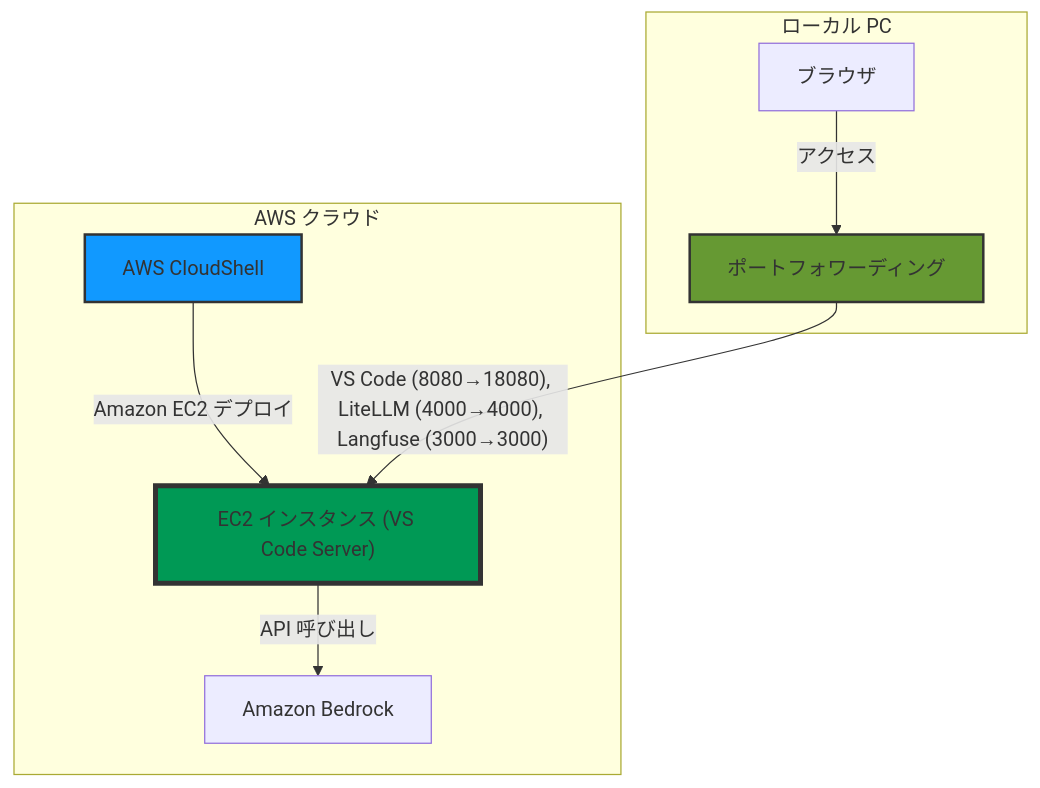
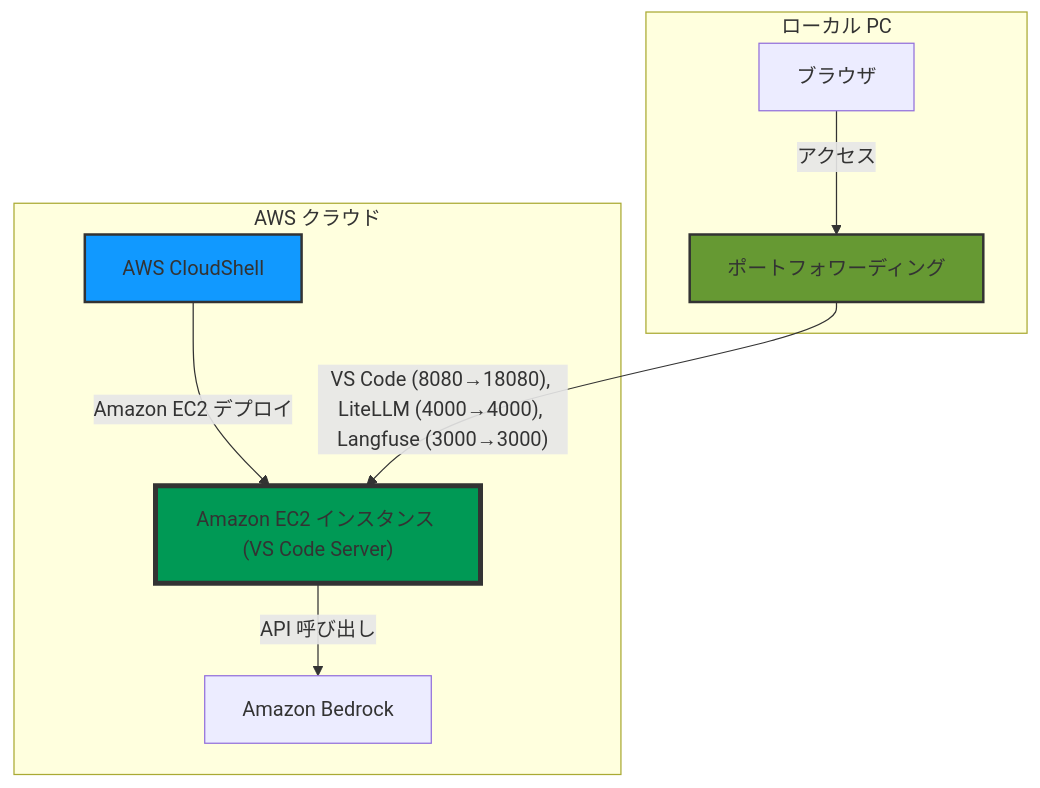
The diagram in workshops/ai-coding-workshop/cline/manuals/l300-ai-coding-governance-workshop-wsstudio.md (littlemex/aws-samples), drawn with Mermaid before and after one commit. The commit also changed other lines of this file, not shown here.

````diff
--- a/workshops/ai-coding-workshop/cline/manuals/l300-ai-coding-governance-workshop-wsstudio.md
+++ b/workshops/ai-coding-workshop/cline/manuals/l300-ai-coding-governance-workshop-wsstudio.md
@@ -28,23 +28,23 @@
 ```mermaid
 flowchart TD
     subgraph "AWS クラウド"
         CloudShell["AWS CloudShell"]
-        EC2["EC2 インスタンス (VS Code Server)"]
+        EC2["Amazon EC2 インスタンス (VS Code Server)"]
         Bedrock["Amazon Bedrock"]
         
         CloudShell -->|Amazon EC2 デプロイ| EC2
         EC2 -->|API 呼び出し| Bedrock
     end
     
     subgraph "ローカル PC"
         Browser["ブラウザ"]
         Terminal["ポートフォワーディング"]
         
         Terminal -->|"VS Code (8080→18080), LiteLLM (4000→4000), Langfuse (3000→3000)"| EC2
         Browser -->|"アクセス"| Terminal
     end
     
     style CloudShell fill:#19f,stroke:#333,stroke-width:2px
     style EC2 fill:#095,stroke:#333,stroke-width:4px
     style Terminal fill:#693,stroke:#333,stroke-width:2px
 ```
````
